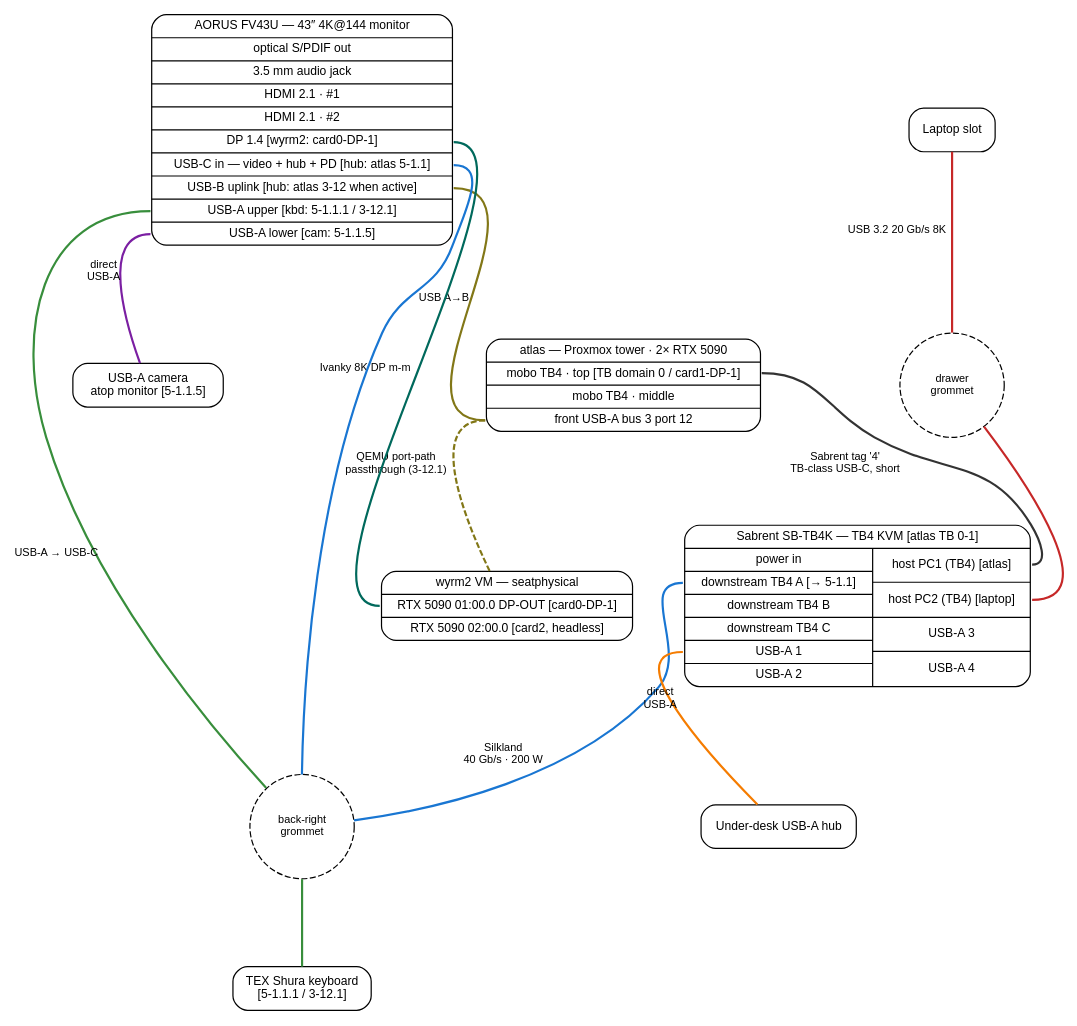
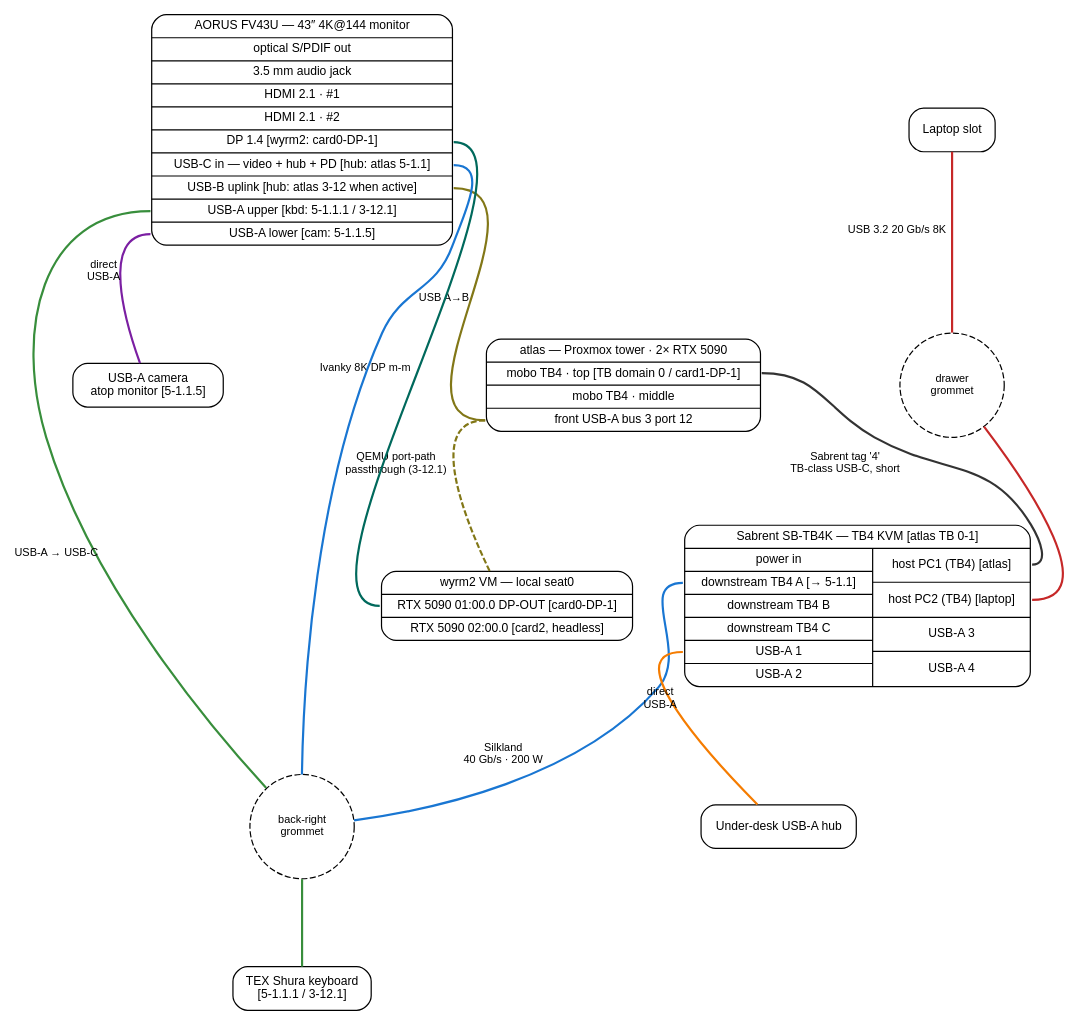
One commit to agentydragon-agent/ducktape changed the diagram in desk/wiring_schematic.dot. Above: the diagram before and after it, drawn with Graphviz. The commit also changed 3 other files, not shown here.

```diff
--- a/desk/wiring_schematic.dot
+++ b/desk/wiring_schematic.dot
@@ -1,40 +1,40 @@
 digraph desk_wiring {
     graph [fontname="Helvetica", nodesep=0.6, ranksep=1.0];
     node  [shape=Mrecord, fontname="Helvetica", fontsize=10];
     edge  [fontname="Helvetica", fontsize=9, penwidth=1.8, dir=none];
 
     monitor [label="{ AORUS FV43U — 43″ 4K@144 monitor | <spdif> optical S/PDIF out | <audio> 3.5 mm audio jack | <hdmi1> HDMI 2.1 · #1 | <hdmi2> HDMI 2.1 · #2 | <dp> DP 1.4 [wyrm2: card0-DP-1] | <usbc> USB-C in — video + hub + PD [hub: atlas 5-1.1] | <usbb> USB-B uplink [hub: atlas 3-12 when active] | <hi> USB-A upper [kbd: 5-1.1.1 / 3-12.1] | <lo> USB-A lower [cam: 5-1.1.5] }"];
 
     // KVM: header row, then two vertical columns side by side (peripheral / host)
     kvm [label="{ Sabrent SB-TB4K — TB4 KVM [atlas TB 0-1] | { { <pwr> power in | <ds_a> downstream TB4 A [→ 5-1.1] | <ds_b> downstream TB4 B | <ds_c> downstream TB4 C | <usba1> USB-A 1 | <usba2> USB-A 2 } | { <pc1> host PC1 (TB4) [atlas] | <pc2> host PC2 (TB4) [laptop] | <usba3> USB-A 3 | <usba4> USB-A 4 } } }"];
 
     atlas [label="{ atlas — Proxmox tower · 2× RTX 5090 | <tb_top> mobo TB4 · top [TB domain 0 / card1-DP-1] | <tb_mid> mobo TB4 · middle | <usba_front> front USB-A bus 3 port 12 }"];
 
-    wyrm2 [label="{ wyrm2 VM — seatphysical | <dp_out> RTX 5090 01:00.0 DP-OUT [card0-DP-1] | <gpu1> RTX 5090 02:00.0 [card2, headless] }"];
+    wyrm2 [label="{ wyrm2 VM — local seat0 | <dp_out> RTX 5090 01:00.0 DP-OUT [card0-DP-1] | <gpu1> RTX 5090 02:00.0 [card2, headless] }"];
 
     laptop [label="Laptop slot"];
 
     g_backright [shape=circle, style=dashed, label="back-right\ngrommet", fontsize=9, width=1.2, height=1.2];
     g_drawer    [shape=circle, style=dashed, label="drawer\ngrommet",    fontsize=9, width=1.2, height=1.2];
 
     cam [label="USB-A camera\natop monitor [5-1.1.5]"];
     kbd [label="TEX Shura keyboard\n[5-1.1.1 / 3-12.1]"];
     hub [label="Under-desk USB-A hub"];
 
     // xlabel keeps labels near edges without forcing the router to bend
     // cables around them.
     atlas:tb_top -> kvm:pc1 [xlabel="Sabrent tag '4'\nTB-class USB-C, short", color="#333333"];
     laptop -> g_drawer      [xlabel="USB 3.2 20 Gb/s 8K", color="#c62828"];
     g_drawer -> kvm:pc2     [color="#c62828"];
     kvm:ds_a -> g_backright [xlabel="Silkland\n40 Gb/s · 200 W", color="#1976d2"];
     g_backright -> monitor:usbc [color="#1976d2"];
     kvm:usba1 -> hub        [xlabel="direct\nUSB-A", color="#f57c00"];
     monitor:hi -> g_backright [xlabel="USB-A → USB-C", color="#388e3c"];
     g_backright -> kbd      [color="#388e3c"];
     monitor:lo -> cam       [xlabel="direct\nUSB-A", color="#7b1fa2"];
 
     // Gaming display path (Plan A rev 2 — wired 2026-07-05)
     wyrm2:dp_out -> monitor:dp [xlabel="Ivanky 8K DP m-m", color="#00695c"];
     monitor:usbb -> atlas:usba_front [xlabel="USB A→B", color="#827717"];
     atlas:usba_front -> wyrm2 [xlabel="QEMU port-path\npassthrough (3-12.1)", color="#827717", style=dashed];
 }
```
